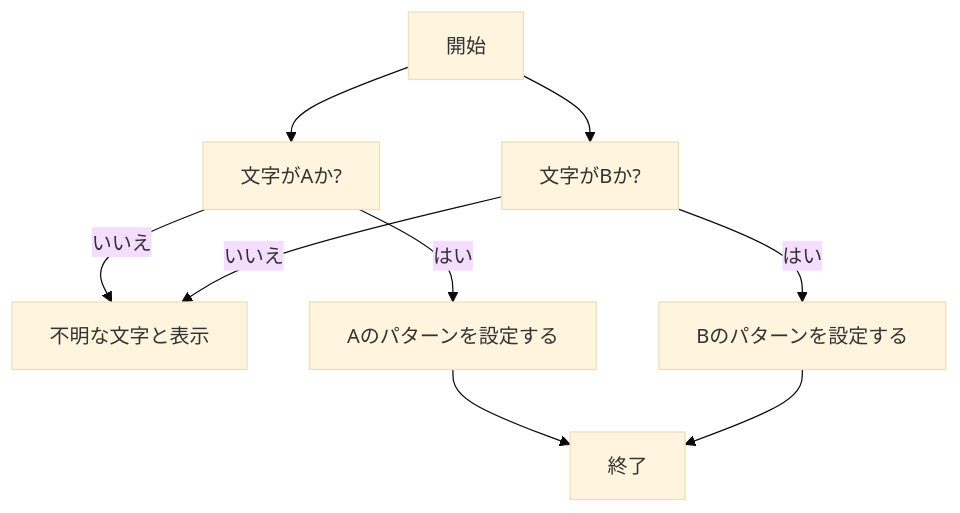
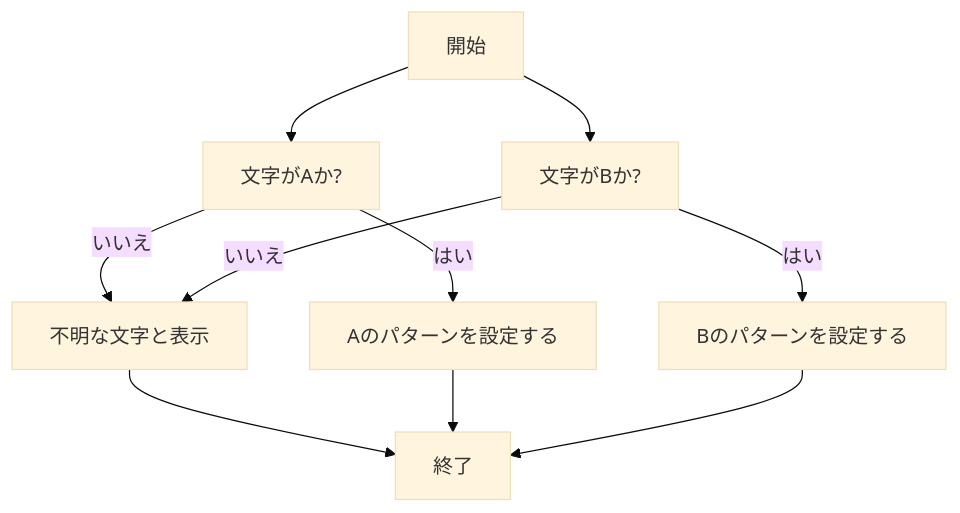
The fifth of 5 diagrams in README.md (asiankungfu/webpro_06), drawn with Mermaid (base theme) before and after one commit. The commit also changed other lines of this file and 15 other files, not shown here.

````diff
--- a/README.md
+++ b/README.md
@@ -286,20 +286,21 @@
 ```mermaid
 flowchart TD;
 
 start["開始"];
 end1["終了"]
-
 a["文字がAか?"]
 b["文字がBか?"]
-game["不明な文字と表示"]
 c["Aのパターンを設定する"]
 d["Bのパターンを設定する"]
-start --> a
-a -->|いいえ|game
-a -->|はい|c
+e["不明な文字と表示"]
+
+start -->a
+start-->b
+a -->|はい| c
+b --> |はい|d
+a-->|いいえ| e
+b -->|いいえ| e
+e--> end1
 c-->end1
-start --> b
-b-->|いいえ|game
-b -->|はい|d
-d --> end1
+d-->end1
 ```
````
